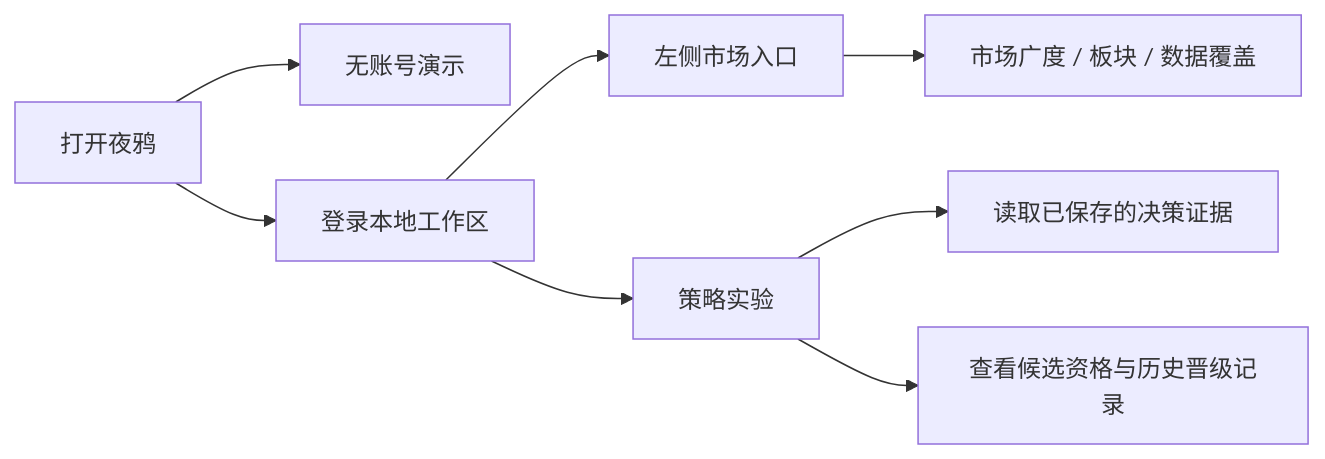
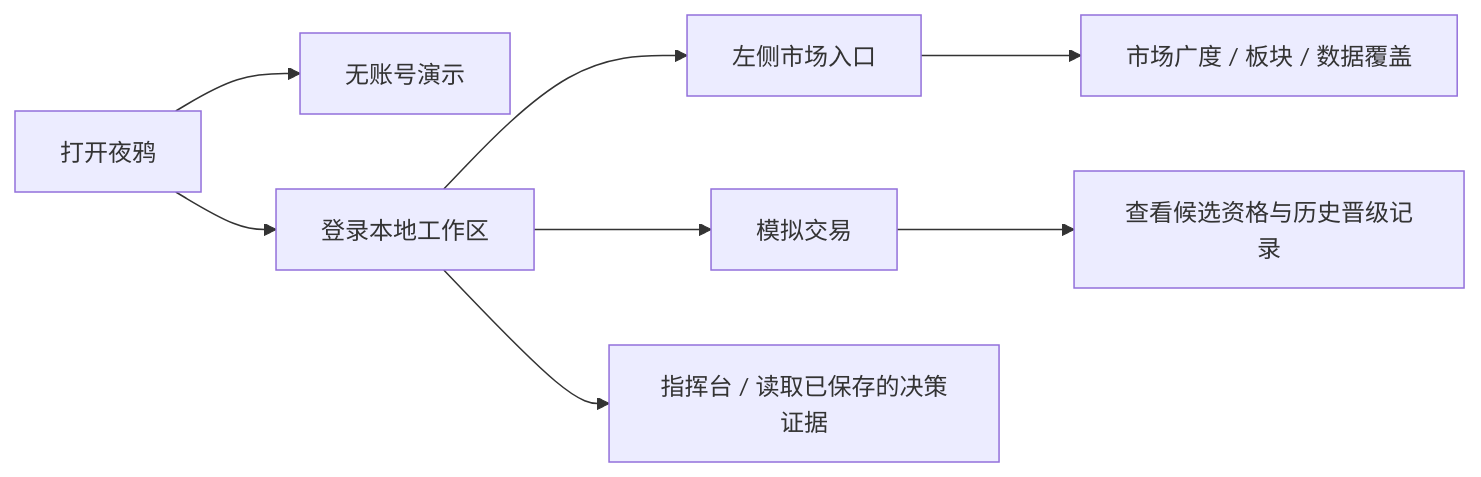
Before and after one commit to JefferyCYH/NIGHT-CROWS-TRADING-RELEASES: the diagram in README.md, drawn with Mermaid. The commit also changed other lines of this file, not shown here.

````diff
--- a/README.md
+++ b/README.md
@@ -83,10 +83,10 @@
 ```mermaid
 flowchart LR
     A[打开夜鸦] --> B[无账号演示]
     A --> C[登录本地工作区]
     C --> D[左侧市场入口]
     D --> E[市场广度 / 板块 / 数据覆盖]
-    C --> F[策略实验]
-    F --> G[读取已保存的决策证据]
+    C --> F[模拟交易]
+    C --> G[指挥台 / 读取已保存的决策证据]
     F --> H[查看候选资格与历史晋级记录]
 ```
````
